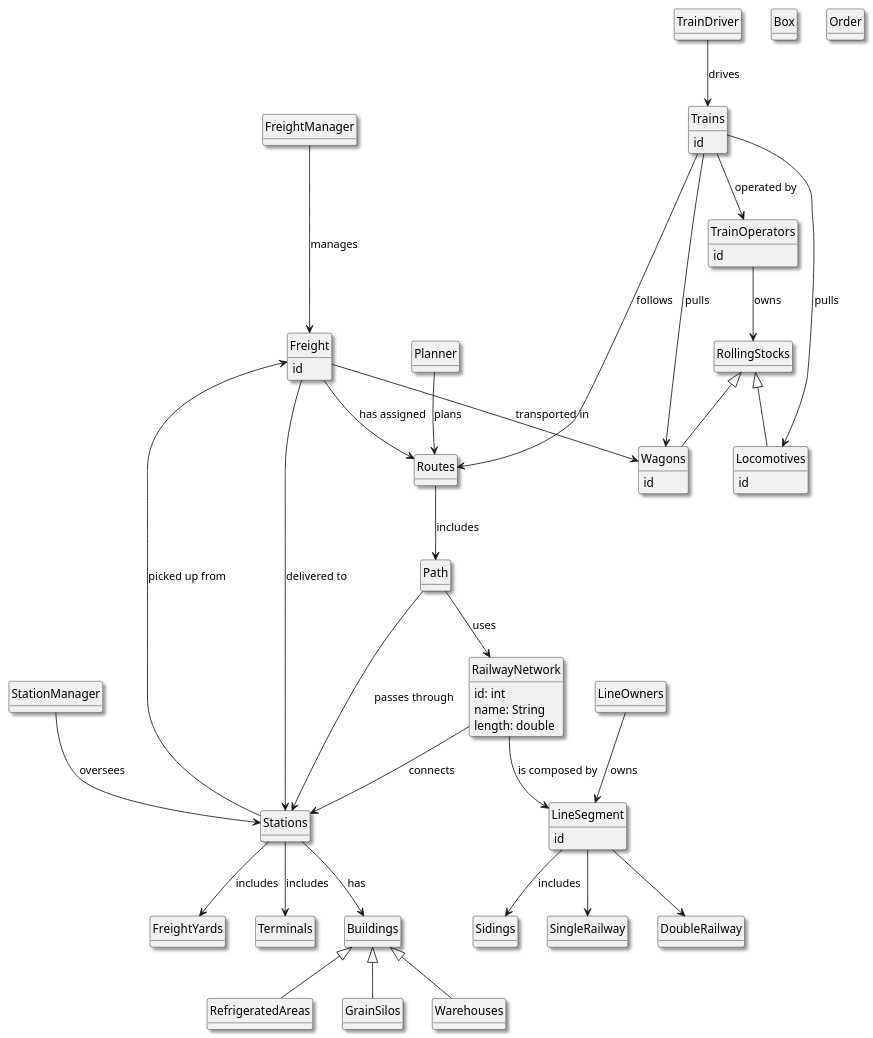
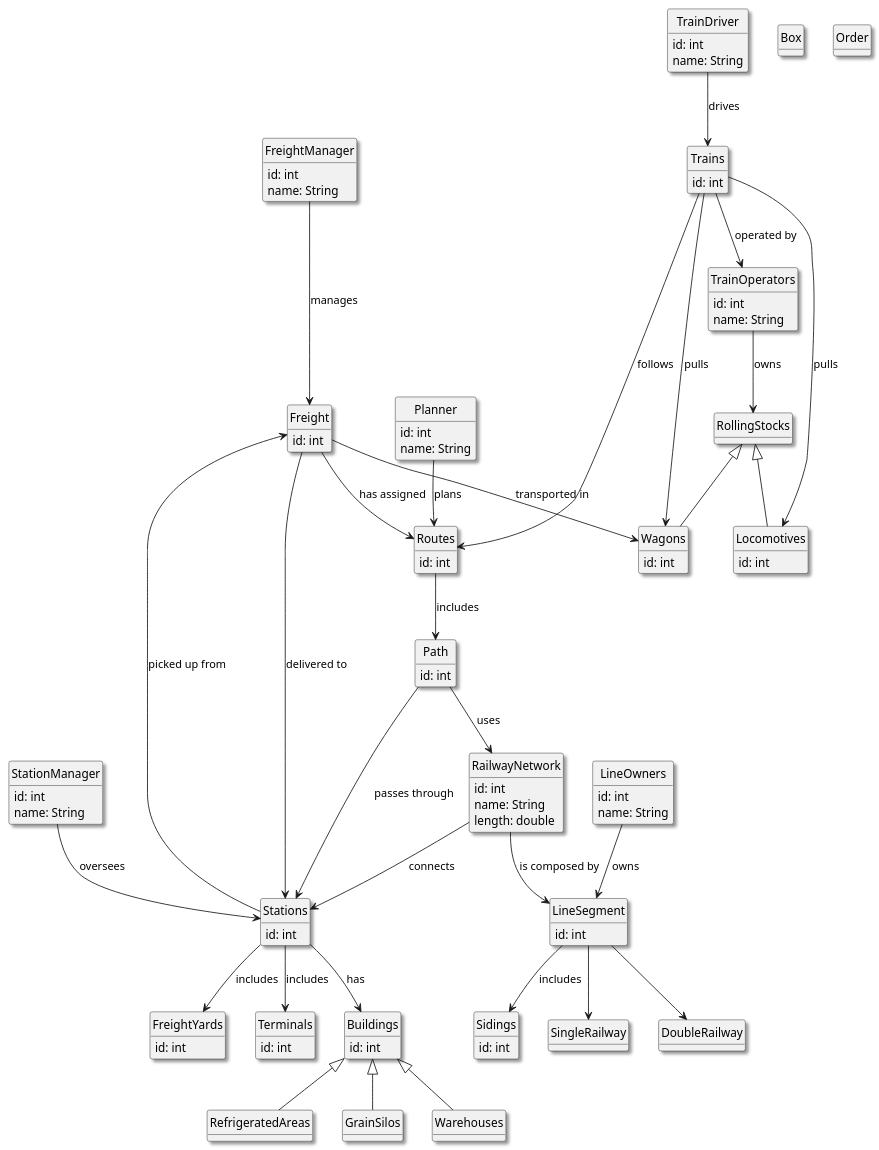
Before and after one commit to Departamento-de-Engenharia-Informatica/sem3-pi-25-26-g023-repo: the diagram in src/SPRINT1/LAPR3/USLP01/domain model.puml, drawn with PlantUML. The commit also changed 4 other files, not shown here.

```diff
--- a/src/SPRINT1/LAPR3/USLP01/domain model.puml
+++ b/src/SPRINT1/LAPR3/USLP01/domain model.puml
@@ -1,134 +1,158 @@
 @startuml
 'https://plantuml.com/class-diagram
 
 
 skinparam monochrome true
 skinparam packageStyle rectangle
 skinparam shadowing true
 
 hide methods
 hide circle
 
 
 TrainOperators --> RollingStocks : owns
 
 Trains --> TrainOperators : operated by
 Trains --> Routes : follows
 Trains --> Wagons : pulls
 Trains --> Locomotives : pulls
 
 
 TrainDriver --> Trains : drives
 FreightManager ---> Freight : manages
 StationManager --> Stations : oversees
 
 LineSegment --> Sidings : includes
 
 RollingStocks <|-- Locomotives
 RollingStocks <|-- Wagons
 Freight --> Wagons : transported in
 
 LineSegment --> SingleRailway
 LineSegment --> DoubleRailway
 RailwayNetwork --> LineSegment : is composed by
 
 Stations --> FreightYards : includes
 Stations --> Terminals : includes
 
 RailwayNetwork --> Stations : connects
 
 Planner --> Routes : plans
 Routes --> Path : includes
 Path --> RailwayNetwork : uses
 Path --> Stations : passes through
 
 LineOwners --> LineSegment : owns
 
 Stations --> Buildings : has
 
 Buildings <|-- RefrigeratedAreas
 Buildings <|-- GrainSilos
 Buildings <|-- Warehouses
 
 Freight --> Stations : delivered to
 Freight <-- Stations : picked up from
 Freight --> Routes : has assigned
 
 class RailwayNetwork{
 id: int
 name: String
 length: double
 }
 
 class TrainOperators{
-id
+id: int
+name: String
 }
 
 class RollingStocks{
 }
 class Trains{
-id
+id: int
 }
 class Locomotives{
-id
+id: int
 }
 class Wagons{
-id
+id: int
 }
 class Freight{
-id
+id: int
 }
 
 class LineSegment{
-id
+id: int
 }
 
 class Box{
 }
 class Order{
 }
 
 
 
 
 class Routes{
+id: int
 }
 class Path{
+id: int
 }
 
 class SingleRailway{
 }
 class DoubleRailway{
 }
 
 
 
 class Stations{
+id: int
 }
 class Buildings{
+id: int
 }
 class Terminals{
+id: int
 }
 
 
 class Warehouses{
 }
 class RefrigeratedAreas{
 }
 class GrainSilos{
 }
 
 class Planner{
+id: int
+name: String
+}
+class TrainDriver{
+id: int
+name: String
+}
+class FreightManager{
+id: int
+name: String
+}
+class StationManager{
+id: int
+name: String
 }
 
 class LineOwners{
+id: int
+name: String
 }
 
 class FreightYards{
+id: int
 }
 class Sidings{
+id: int
 }
 
 
 
 @enduml
```
